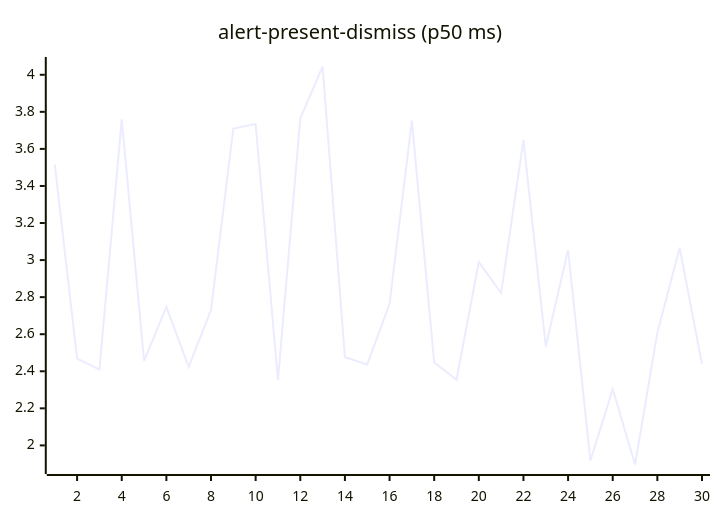
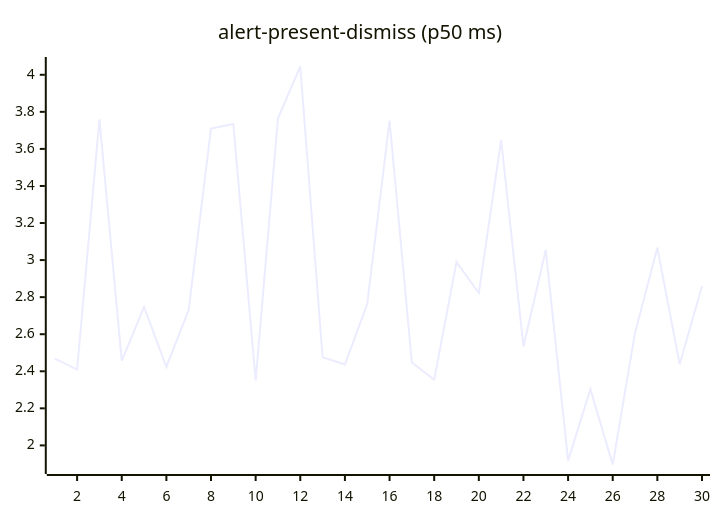
The second of 27 diagrams in README.md (josha/Facet), drawn with Mermaid before and after one commit. The commit also changed other lines of this file and 2 other files, not shown here.

````diff
--- a/README.md
+++ b/README.md
@@ -70,6 +70,6 @@
 ```mermaid
 xychart-beta
     title "alert-present-dismiss (p50 ms)"
     x-axis 1 --> 30
-    line [3.5157, 2.4688, 2.4093, 3.7592, 2.4564, 2.7475, 2.4232, 2.7312, 3.7096, 3.7340, 2.3506, 3.7650, 4.0447, 2.4759, 2.4363, 2.7635, 3.7527, 2.4474, 2.3546, 2.9892, 2.8222, 3.6482, 2.5337, 3.0542, 1.9177, 2.3034, 1.8969, 2.6071, 3.0667, 2.4384]
+    line [2.4688, 2.4093, 3.7592, 2.4564, 2.7475, 2.4232, 2.7312, 3.7096, 3.7340, 2.3506, 3.7650, 4.0447, 2.4759, 2.4363, 2.7635, 3.7527, 2.4474, 2.3546, 2.9892, 2.8222, 3.6482, 2.5337, 3.0542, 1.9177, 2.3034, 1.8969, 2.6071, 3.0667, 2.4384, 2.8591]
 ```
````
